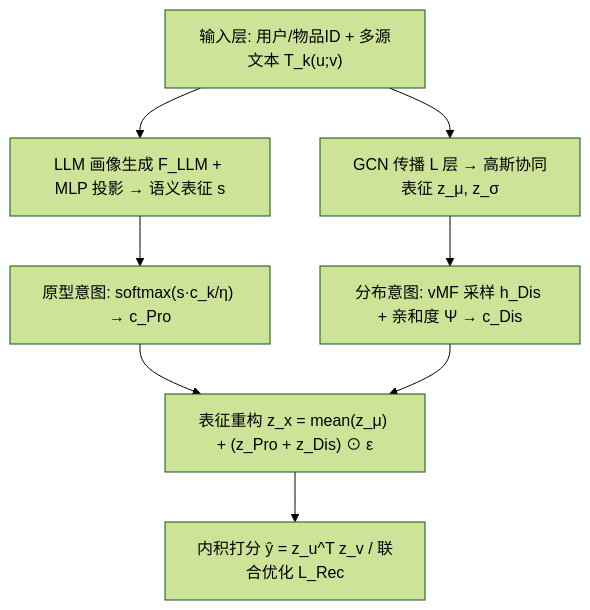
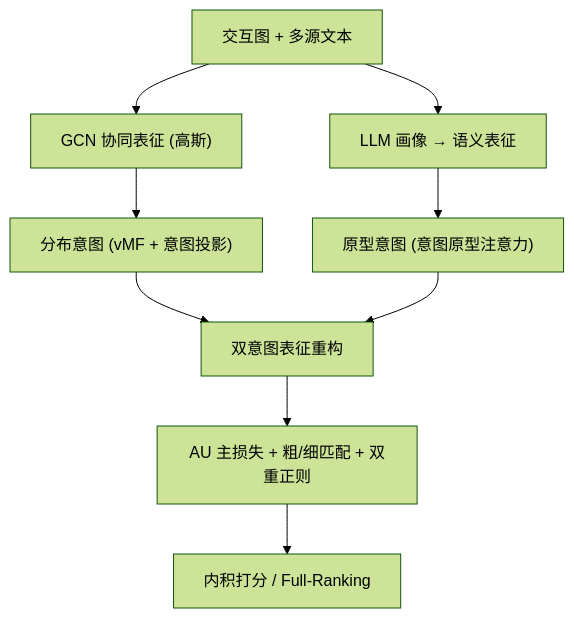
The diagram in docs/venues/SIGIR/2026/collaborative_filtering/diaurec_dual_intent_space_representation_optimization_for_recommendation.md (jbdcia321vw/Paper-Notes), drawn with Mermaid (forest theme) before and after one commit. The commit also changed other lines of this file and 1119 other files, not shown here.

````diff
--- a/docs/venues/SIGIR/2026/collaborative_filtering/diaurec_dual_intent_space_representation_optimization_for_recommendation.md
+++ b/docs/venues/SIGIR/2026/collaborative_filtering/diaurec_dual_intent_space_representation_optimization_for_recommendation.md
@@ -57,10 +46,11 @@
 ```mermaid
 flowchart TD
-    A["输入层: 用户/物品ID + 多源文本 T_k(u;v)"] --> B["LLM 画像生成 F_LLM + MLP 投影 → 语义表征 s"]
-    A --> C["GCN 传播 L 层 → 高斯协同表征 z_μ, z_σ"]
-    B --> D["原型意图: softmax(s·c_k/η) → c_Pro"]
-    C --> E["分布意图: vMF 采样 h_Dis + 亲和度 Ψ → c_Dis"]
-    D --> F["表征重构 z_x = mean(z_μ) + (z_Pro + z_Dis) ⊙ ε"]
+    A["交互图 + 多源文本"] --> B["GCN 协同表征 (高斯)"]
+    A --> C["LLM 画像 → 语义表征"]
+    B --> D["分布意图 (vMF + 意图投影)"]
+    C --> E["原型意图 (意图原型注意力)"]
+    D --> F["双意图表征重构"]
     E --> F
-    F --> G["内积打分 ŷ = z_u^T z_v / 联合优化 L_Rec"]
+    F --> G["AU 主损失 + 粗/细匹配 + 双重正则"]
+    G --> H["内积打分 / Full-Ranking"]
 ```
````
